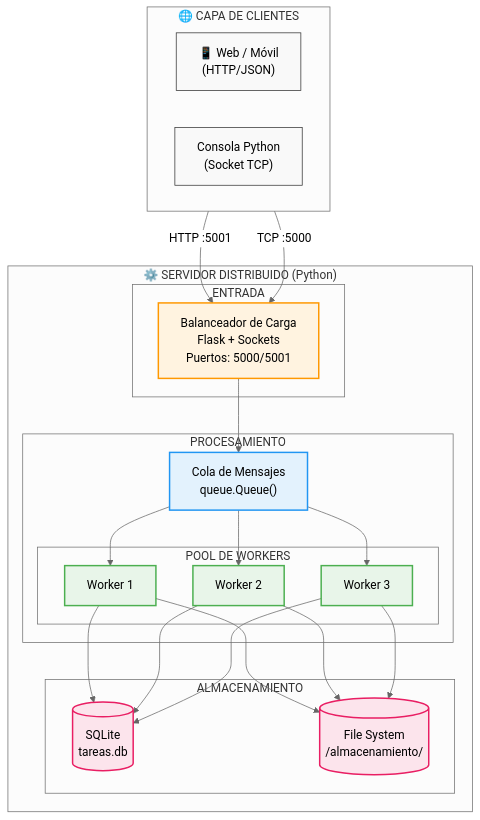
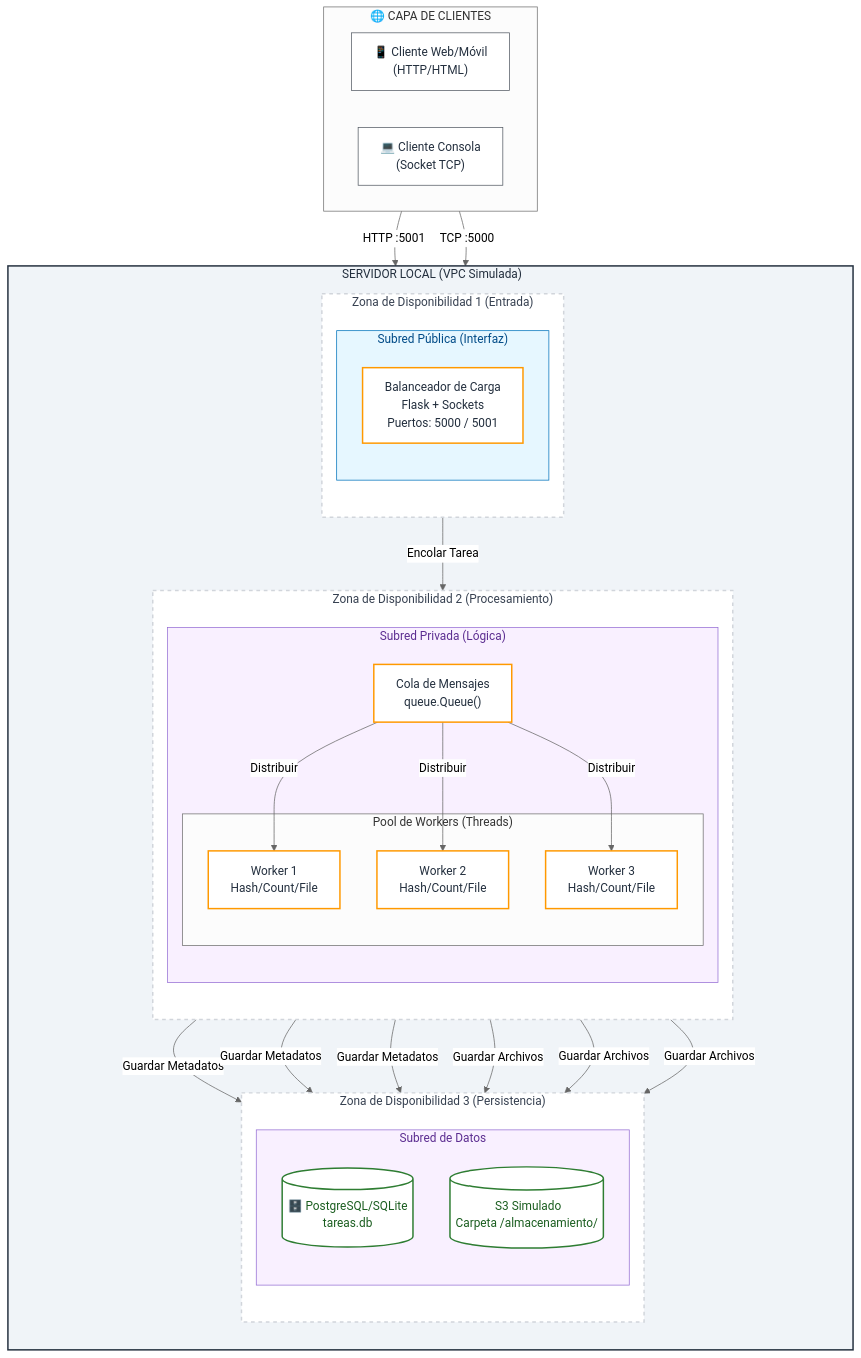
The diagram in README.md (MSebastianGutierrez/Sistema_Distribuido_Python), drawn with Mermaid (neutral theme) before and after one commit.

Commit message:
actualizacion del readme

````diff
--- a/README.md
+++ b/README.md
@@ -14,43 +14,71 @@
 ```mermaid
 flowchart TB
-    %% Estilos
-    classDef client fill:#f9f9f9,stroke:#333,stroke-width:1px;
-    classDef lb fill:#fff3e0,stroke:#ff9800,stroke-width:2px;
-    classDef queue fill:#e3f2fd,stroke:#2196f3,stroke-width:2px;
-    classDef worker fill:#e8f5e9,stroke:#4caf50,stroke-width:2px;
-    classDef storage fill:#fce4ec,stroke:#e91e63,stroke-width:2px;
+    %% Estilos Globales
+    classDef vpc fill:#f0f4f8,stroke:#232f3e,stroke-width:2px,color:#232f3e;
+    classDef az fill:#ffffff,stroke:#d1d5db,stroke-width:2px,stroke-dasharray: 5 5,color:#374151;
+    classDef subnetPublic fill:#e6f7ff,stroke:#0073bb,stroke-width:1px,color:#004b87;
+    classDef subnetPrivate fill:#f9f0ff,stroke:#956fd4,stroke-width:1px,color:#5c2d91;
+    classDef component fill:#ffffff,stroke:#ff9900,stroke-width:2px,color:#232f3e;
+    classDef db fill:#ffffff,stroke:#2e7d32,stroke-width:2px,color:#1b5e20;
+    classDef client fill:#ffffff,stroke:#545b64,stroke-width:1px,color:#232f3e;
 
     subgraph CLIENTES["🌐 CAPA DE CLIENTES"]
         direction LR
-        Web["📱 Web / Móvil<br/>(HTTP/JSON)"]:::client
-        Console[" Consola Python<br/>(Socket TCP)"]:::client
+        C1["📱 Cliente Web/Móvil<br/>(HTTP/HTML)"]:::client
+        C2["💻 Cliente Consola<br/>(Socket TCP)"]:::client
     end
 
-    subgraph SERVIDOR["⚙️ SERVIDOR DISTRIBUIDO (Python)"]
+    subgraph VPC["️ SERVIDOR LOCAL (VPC Simulada)"]
+        direction TB
         
-        subgraph ENTRY[" ENTRADA"]
-            LB[" Balanceador de Carga<br/>Flask + Sockets<br/>Puertos: 5000/5001"]:::lb
-        end
-
-        subgraph CORE[" PROCESAMIENTO"]
-            MQ[" Cola de Mensajes<br/>queue.Queue()"]:::queue
-            
-            subgraph WORKERS[" POOL DE WORKERS"]
-                W1["Worker 1"]:::worker
-                W2["Worker 2"]:::worker
-                W3["Worker 3"]:::worker
+        %% Zona de Disponibilidad 1: Entrada y Balanceo
+        subgraph AZ1["Zona de Disponibilidad 1 (Entrada)"]
+            direction TB
+            subgraph SUBNET_PUB["Subred Pública (Interfaz)"]
+                LB[" Balanceador de Carga<br/>Flask + Sockets<br/>Puertos: 5000 / 5001"]:::component
             end
         end
 
-        subgraph DATA[" ALMACENAMIENTO"]
-            DB[(" SQLite<br/>tareas.db")]:::storage
-            FS[(" File System<br/>/almacenamiento/")]:::storage
+        %% Zona de Disponibilidad 2: Procesamiento
+        subgraph AZ2["Zona de Disponibilidad 2 (Procesamiento)"]
+            direction TB
+            subgraph SUBNET_APP["Subred Privada (Lógica)"]
+                MQ[" Cola de Mensajes<br/>queue.Queue()"]:::component
+                
+                subgraph WORKERS["Pool de Workers (Threads)"]
+                    W1[" Worker 1<br/>Hash/Count/File"]:::component
+                    W2[" Worker 2<br/>Hash/Count/File"]:::component
+                    W3[" Worker 3<br/>Hash/Count/File"]:::component
+                end
+            end
+        end
+
+        %% Zona de Disponibilidad 3: Datos
+        subgraph AZ3["Zona de Disponibilidad 3 (Persistencia)"]
+            direction TB
+            subgraph SUBNET_DATA["Subred de Datos"]
+                DB[("🗄️ PostgreSQL/SQLite<br/>tareas.db")]:::db
+                FS[("️ S3 Simulado<br/>Carpeta /almacenamiento/")]:::db
+            end
         end
     end
 
-    Web -->|HTTP :5001| LB
-    Console -->|TCP :5000| LB
-    LB --> MQ
-    MQ --> W1 & W2 & W3
-    W1 & W2 & W3 --> DB & FS
+    %% Conexiones
+    C1 -->|HTTP :5001| LB
+    C2 -->|TCP :5000| LB
+    
+    LB -->|Encolar Tarea| MQ
+    
+    MQ -->|Distribuir| W1
+    MQ -->|Distribuir| W2
+    MQ -->|Distribuir| W3
+    
+    W1 & W2 & W3 -->|Guardar Metadatos| DB
+    W1 & W2 & W3 -->|Guardar Archivos| FS
+
+    %% Aplicar clases a los contenedores
+    class VPC vpc;
+    class AZ1,AZ2,AZ3 az;
+    class SUBNET_PUB subnetPublic;
+    class SUBNET_APP,SUBNET_DATA subnetPrivate;
 ```
````
